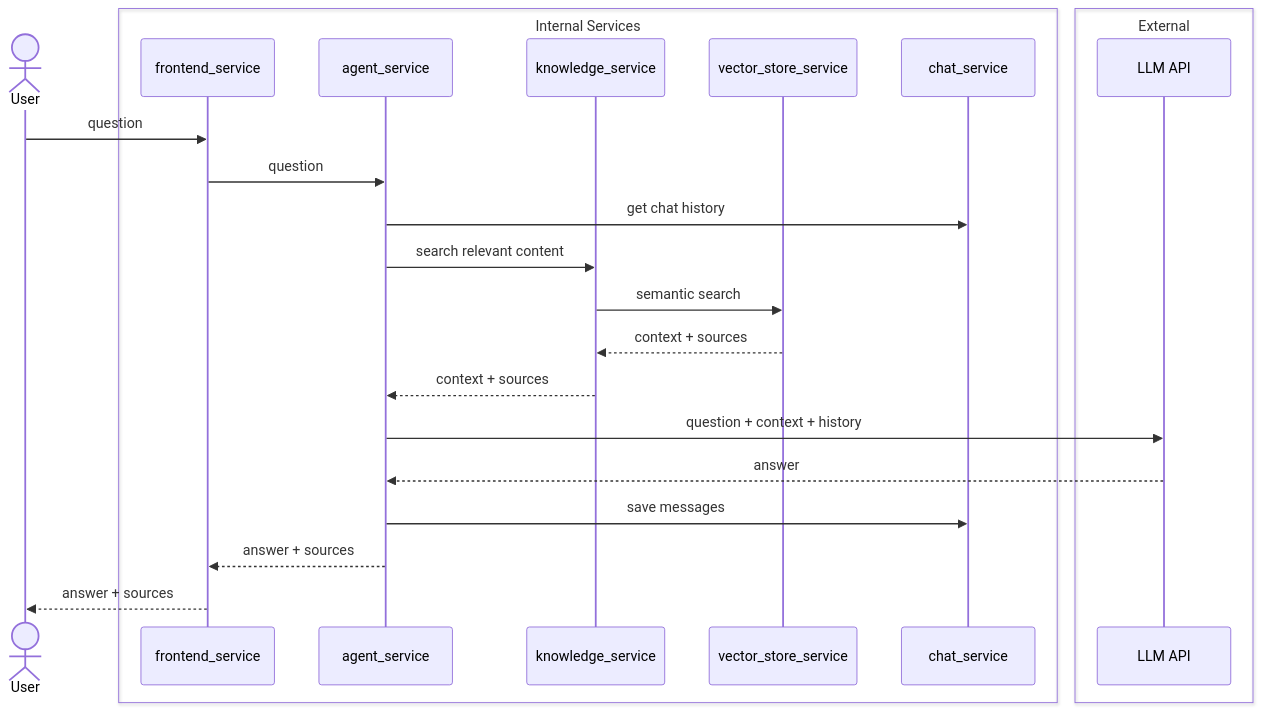
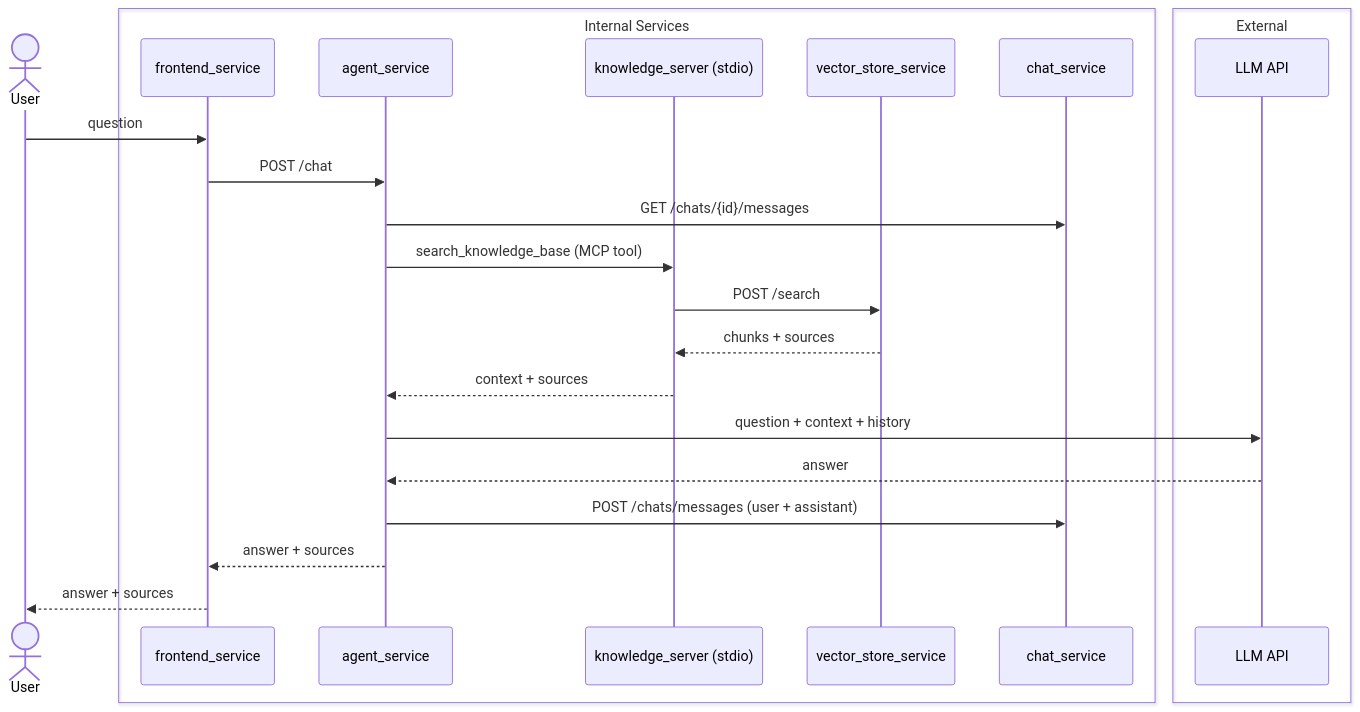
Before and after one commit to CrisBeltBic/prueba_ai_eng: the second of 3 diagrams in bancolombia-rag/docs/architecture.md, drawn with Mermaid. The commit also changed other lines of this file, not shown here.

Commit message:
Update architecture maps

````diff
--- a/bancolombia-rag/docs/architecture.md
+++ b/bancolombia-rag/docs/architecture.md
@@ -42,27 +46,27 @@
 ```mermaid
 sequenceDiagram
     actor U as User
     box Internal Services
         participant F as frontend_service
         participant A as agent_service
-        participant K as knowledge_service
+        participant K as knowledge_server (stdio)
         participant V as vector_store_service
         participant C as chat_service
     end
     box External
         participant L as LLM API
     end
 
     U->>F: question
-    F->>A: question
-    A->>C: get chat history
-    A->>K: search relevant content
-    K->>V: semantic search
-    V-->>K: context + sources
+    F->>A: POST /chat
+    A->>C: GET /chats/{id}/messages
+    A->>K: search_knowledge_base (MCP tool)
+    K->>V: POST /search
+    V-->>K: chunks + sources
     K-->>A: context + sources
     A->>L: question + context + history
     L-->>A: answer
-    A->>C: save messages
+    A->>C: POST /chats/messages (user + assistant)
     A-->>F: answer + sources
     F-->>U: answer + sources
 ```
````
